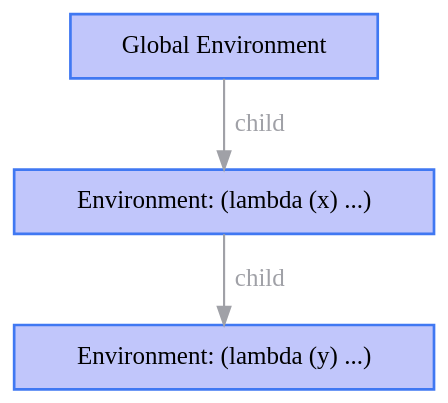
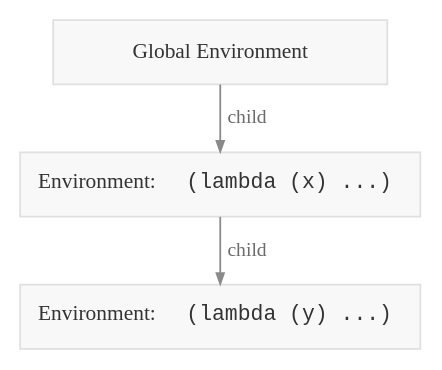
Before and after one commit to wmedrano/wmedrano.dev: the second of 2 diagrams in content/post/2026/02/21/lisp-3.org, drawn with Graphviz. The commit also changed other lines of this file and 38 other files, not shown here.

```diff
--- a/content/post/2026/02/21/lisp-3.org
+++ b/content/post/2026/02/21/lisp-3.org
@@ -193,12 +195,14 @@
 #+BEGIN_SRC dot :file env2.svg :exports results
 digraph {
-    graph [ bgcolor=transparent, fontname="sans-serif" ];
-    node [ shape=box, style=filled, fontcolor="#333", margin="0.2,0.1", penwidth=1.5 ];
-    edge [ color="#a0a1a7", penwidth=1.2, fontcolor="#a0a1a7" ];
-    GlobalEnvironment -> Env1 [label=" child"];
-    Env1 -> Env2 [label=" child"];
-    GlobalEnvironment [ fillcolor="#c1c6fb", color="#4078f2", label="Global Environment" ];
-    Env1 [ fillcolor="#c1c6fb", color="#4078f2", label="Environment: (lambda (x) ...)" ];
-    Env2 [ fillcolor="#c1c6fb", color="#4078f2", label="Environment: (lambda (y) ...)" ];
+  // Diagram house style: nodes look like code blocks; the active node is solid ink.
+  graph [ bgcolor="white", ranksep=0.35 ];
+  node [ shape=box, fontname="Spectral, Georgia, serif", fontsize=12, fontcolor="#333333", style=filled, fillcolor="#f8f8f8", color="#e0e0e0", penwidth=1, margin="0.14,0.06" ];
+  edge [ color="#8a8a8a", arrowsize=0.6, fontname="Spectral, Georgia, serif", fontsize=11, fontcolor="#6b6b6b" ];
+  node [ width=2.6 ];
+  GlobalEnvironment -> Env1 [ label=" child" ];
+  Env1 -> Env2 [ label=" child" ];
+  GlobalEnvironment [ label="Global Environment" ];
+  Env1 [ label=<Environment: <FONT FACE="Sometype Mono, monospace">(lambda (x) ...)</FONT>> ];
+  Env2 [ label=<Environment: <FONT FACE="Sometype Mono, monospace">(lambda (y) ...)</FONT>> ];
 }
 #+END_SRC
```
